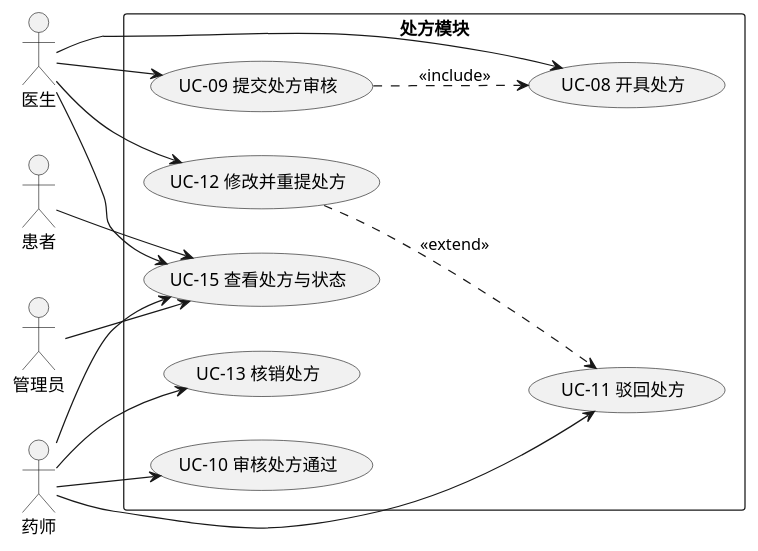
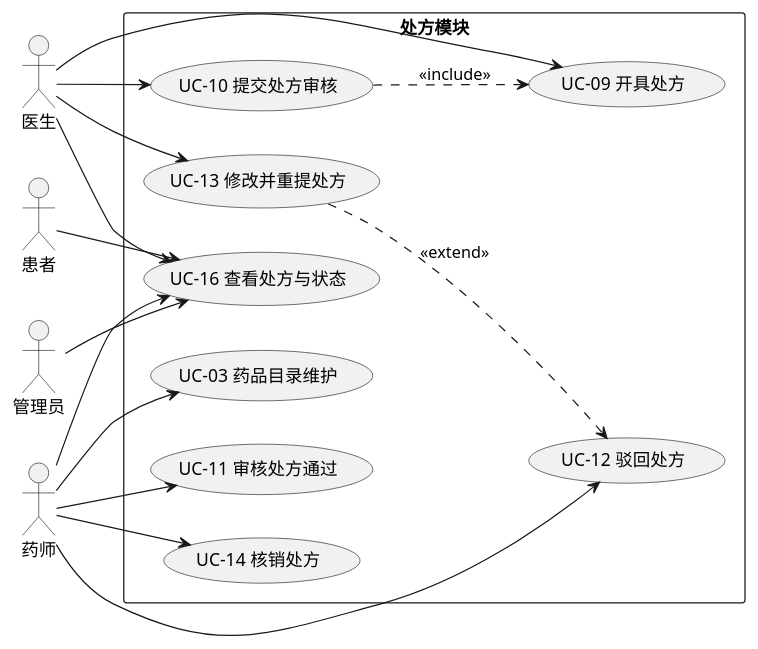
One commit to RefuseIOT/MedicinePlatform changed the diagram in docs/diagrams/use-case-prescription.puml. Above: the diagram before and after it, drawn with PlantUML. The commit also changed 4 other files, not shown here.

```diff
--- a/docs/diagrams/use-case-prescription.puml
+++ b/docs/diagrams/use-case-prescription.puml
@@ -1,36 +1,38 @@
 @startuml 处方模块用例图
 left to right direction
 skinparam packageStyle rectangle
 
 actor "医生" as D
 actor "药师" as PH
 actor "患者" as P
 actor "管理员" as A
 
 rectangle "处方模块" {
-  usecase "UC-08 开具处方" as UC08
-  usecase "UC-09 提交处方审核" as UC09
-  usecase "UC-10 审核处方通过" as UC10
-  usecase "UC-11 驳回处方" as UC11
-  usecase "UC-12 修改并重提处方" as UC12
-  usecase "UC-13 核销处方" as UC13
-  usecase "UC-15 查看处方与状态" as UC15
+  usecase "UC-03 药品目录维护" as UC03
+  usecase "UC-09 开具处方" as UC09
+  usecase "UC-10 提交处方审核" as UC10
+  usecase "UC-11 审核处方通过" as UC11
+  usecase "UC-12 驳回处方" as UC12
+  usecase "UC-13 修改并重提处方" as UC13
+  usecase "UC-14 核销处方" as UC14
+  usecase "UC-16 查看处方与状态" as UC16
 }
 
-D --> UC08
 D --> UC09
-D --> UC12
-D --> UC15
+D --> UC10
+D --> UC13
+D --> UC16
 
-PH --> UC10
+PH --> UC03
 PH --> UC11
-PH --> UC13
-PH --> UC15
+PH --> UC12
+PH --> UC14
+PH --> UC16
 
-P --> UC15
+P --> UC16
 
-A --> UC15
+A --> UC16
 
-UC09 ..> UC08 : <<include>>
-UC12 ..> UC11 : <<extend>>
+UC10 ..> UC09 : <<include>>
+UC13 ..> UC12 : <<extend>>
 @enduml
```
